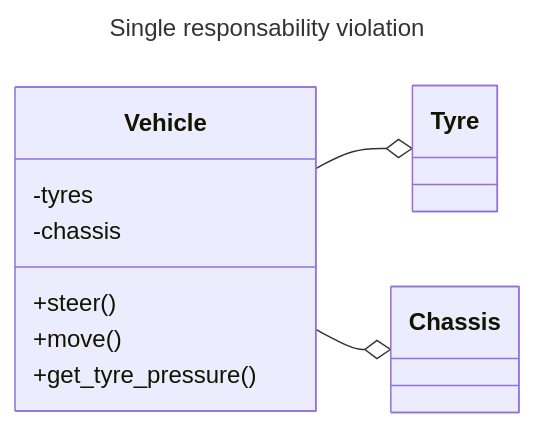
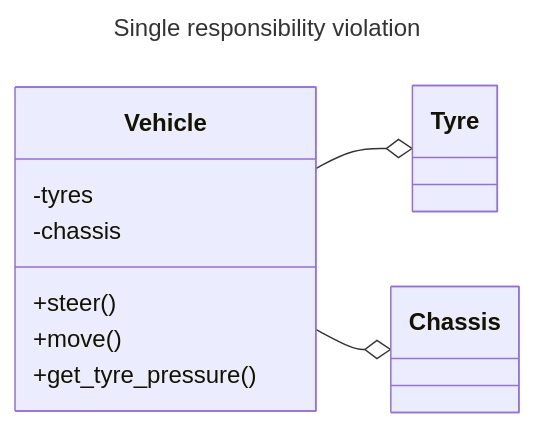
One commit to FedeFiumi/Design_Patterns_examples changed the first of 2 diagrams in SOLID/README.md. Above: the diagram before and after it, drawn with Mermaid. The commit also changed other lines of this file and 4 other files, not shown here.

````diff
--- a/SOLID/README.md
+++ b/SOLID/README.md
@@ -26,23 +26,23 @@
 ```mermaid
 ---
-title: Single responsability violation
+title: Single responsibility violation
 ---
   classDiagram
     direction LR
     class Vehicle{
       -tyres
       -chassis
       +steer()
       +move()
       +get_tyre_pressure()
     }
 
     class Tyre{
     }
 
     class Chassis{
     }
 
     Vehicle --o Tyre
     Vehicle --o Chassis
 ```
````
